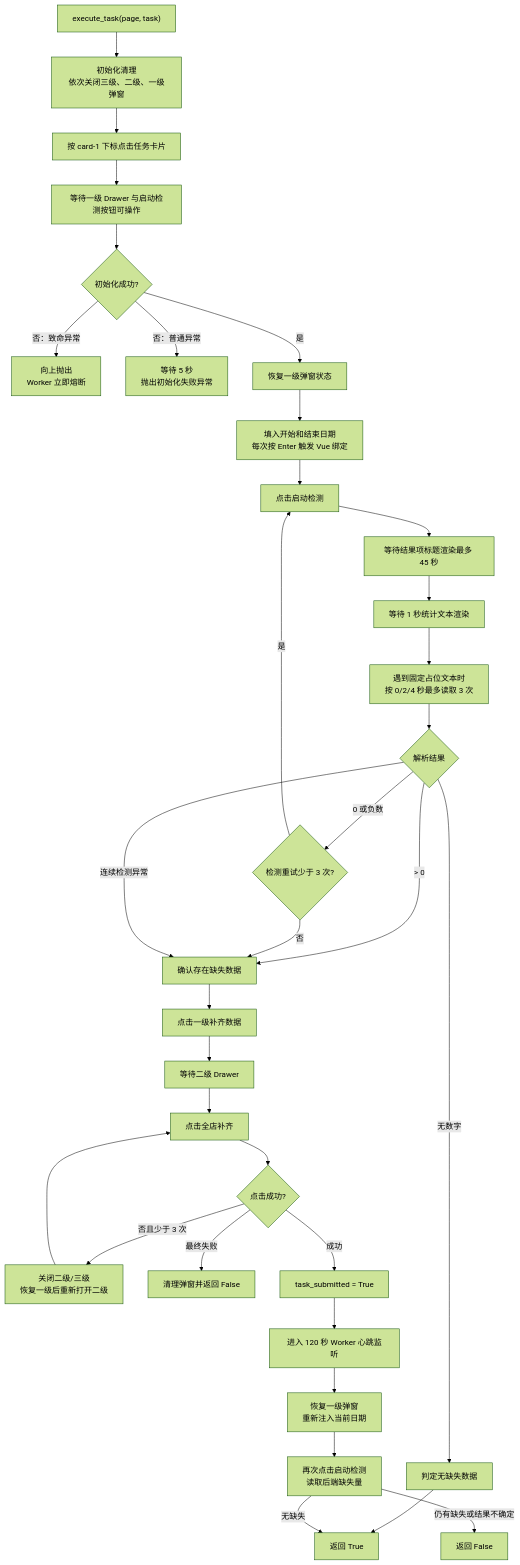
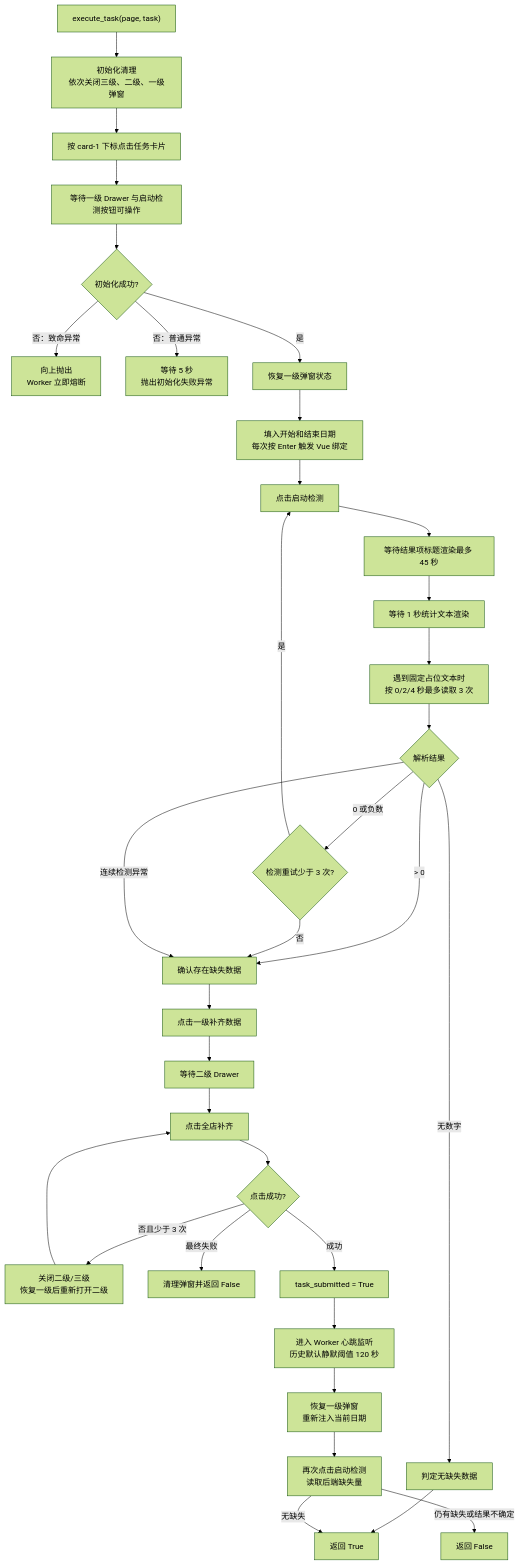
Before and after one commit to liao084/BitBrowser-Backfill-Engine: the eighth of 15 diagrams in ARCHITECTURE.md, drawn with Mermaid (forest theme). The commit also changed other lines of this file and 6 other files, not shown here.

````diff
--- a/ARCHITECTURE.md
+++ b/ARCHITECTURE.md
@@ -277,36 +292,36 @@
 ```mermaid
 flowchart TD
     Start["execute_task(page, task)"] --> Init["初始化清理<br/>依次关闭三级、二级、一级弹窗"]
     Init --> OpenCard["按 card-1 下标点击任务卡片"]
     OpenCard --> Primary["等待一级 Drawer 与启动检测按钮可操作"]
     Primary --> InitOK{"初始化成功?"}
     InitOK -->|"否：致命异常"| Fatal["向上抛出<br/>Worker 立即熔断"]
     InitOK -->|"否：普通异常"| InitError["等待 5 秒<br/>抛出初始化失败异常"]
     InitOK -->|"是"| Restore["恢复一级弹窗状态"]
     Restore --> Dates["填入开始和结束日期<br/>每次按 Enter 触发 Vue 绑定"]
     Dates --> Detect["点击启动检测"]
     Detect --> Result["等待结果项标题渲染最多 45 秒"]
     Result --> Buffer["等待 1 秒统计文本渲染"]
     Buffer --> Read["遇到固定占位文本时<br/>按 0/2/4 秒最多读取 3 次"]
     Read --> Missing{"解析结果"}
     Missing -->|"无数字"| NoMissing["判定无缺失数据"]
     Missing -->|"> 0"| NeedFill["确认存在缺失数据"]
     Missing -->|"0 或负数"| RetryDetect{"检测重试少于 3 次?"}
     RetryDetect -->|"是"| Detect
     RetryDetect -->|"否"| NeedFill
     Missing -->|"连续检测异常"| NeedFill
     NoMissing --> Success["返回 True"]
     NeedFill --> Backfill["点击一级补齐数据"]
     Backfill --> Secondary["等待二级 Drawer"]
     Secondary --> Whole["点击全店补齐"]
     Whole --> ClickOK{"点击成功?"}
     ClickOK -->|"否且少于 3 次"| Recover["关闭二级/三级<br/>恢复一级后重新打开二级"]
     Recover --> Whole
     ClickOK -->|"最终失败"| SubmitFail["清理弹窗并返回 False"]
     ClickOK -->|"成功"| Submitted["task_submitted = True"]
-    Submitted --> Heartbeat["进入 120 秒 Worker 心跳监听"]
+    Submitted --> Heartbeat["进入 Worker 心跳监听<br/>历史默认静默阈值 120 秒"]
     Heartbeat --> FinalRestore["恢复一级弹窗<br/>重新注入当前日期"]
     FinalRestore --> FinalDetect["再次点击启动检测<br/>读取后端缺失量"]
     FinalDetect -->|"无缺失"| Success
     FinalDetect -->|"仍有缺失或结果不确定"| Failed["返回 False"]
 ```
````
